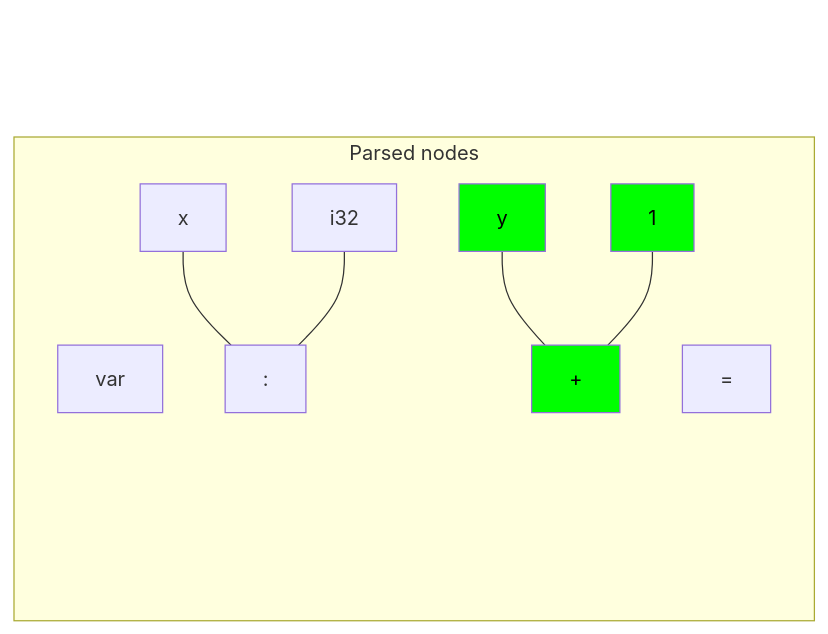
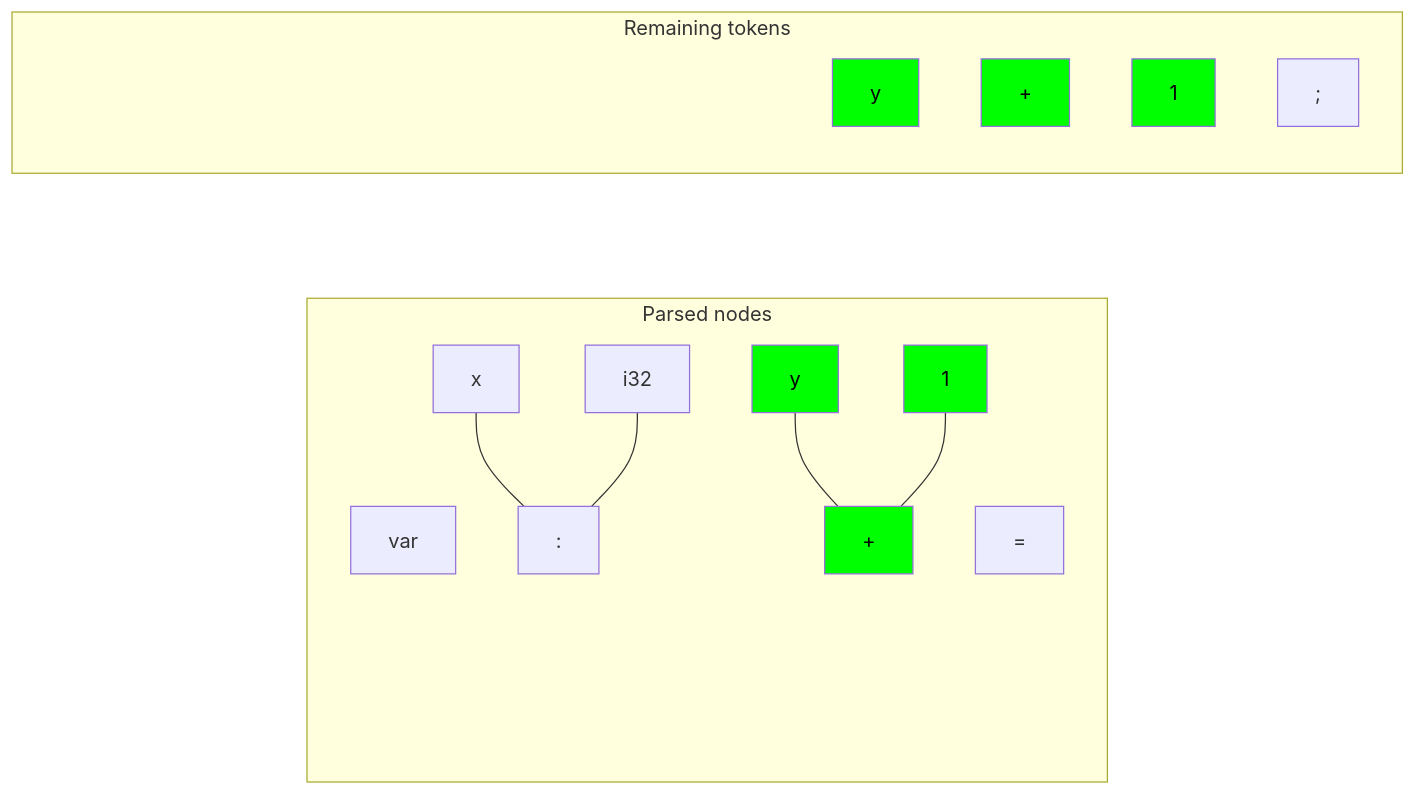
One commit to carbon-language/carbon-lang changed the fifth of 9 diagrams in toolchain/docs/parse.md. Above: the diagram before and after it, drawn with Mermaid. The commit also changed other lines of this file, not shown here.

````diff
--- a/toolchain/docs/parse.md
+++ b/toolchain/docs/parse.md
@@ -370,29 +346,45 @@
 ```mermaid
 flowchart BT
-    root:::hidden
+    subgraph tokens["Remaining tokens"]
+        token1[var]:::used
+        token2[x]:::used
+        token3[:]:::used
+        token4[i32]:::used
+        token5[=]:::used
+        token6[y]:::moved
+        token7[+]:::moved
+        token8[1]:::moved
+        token9[;]
+    end
+
     subgraph nodes["Parsed nodes"]
         direction BT
         node1[var]
         node2[x]
         node3[:]
         node4[i32]
         node5[=]
         node6[y]:::moved
         node7[+]:::moved
         node8[1]:::moved
         node9[;]:::pending
     end
 
+    %% A token which has been used.
+    classDef used visibility:hidden
+    %% A node which will be used, but hasn't yet been.
     classDef pending visibility:hidden
+    %% A token or node which is actively being used.
     classDef moved fill:#0F0,color:#000
-    classDef hidden visibility:hidden,display:none
 
-    node1 ~~~~ root
+    nodes ~~~ tokens
+
+    node1 ~~~~ tokens
     node3 --- node2 & node4
-    node3 ~~~ root
-    node5 ~~~~ root
+    node3 ~~~ tokens
+    node5 ~~~~ tokens
     node7 --- node6 & node8
-    node7 ~~~ root
+    node7 ~~~ tokens
     node9 ~~~ node1 & node3 & node5 & node7
-    node9 ~~~ root
+    node9 ~~~ tokens
 ```
````
